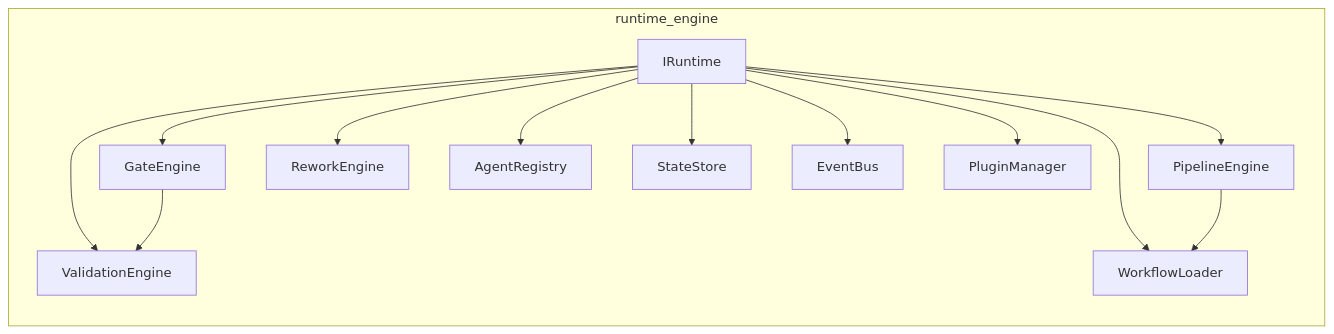
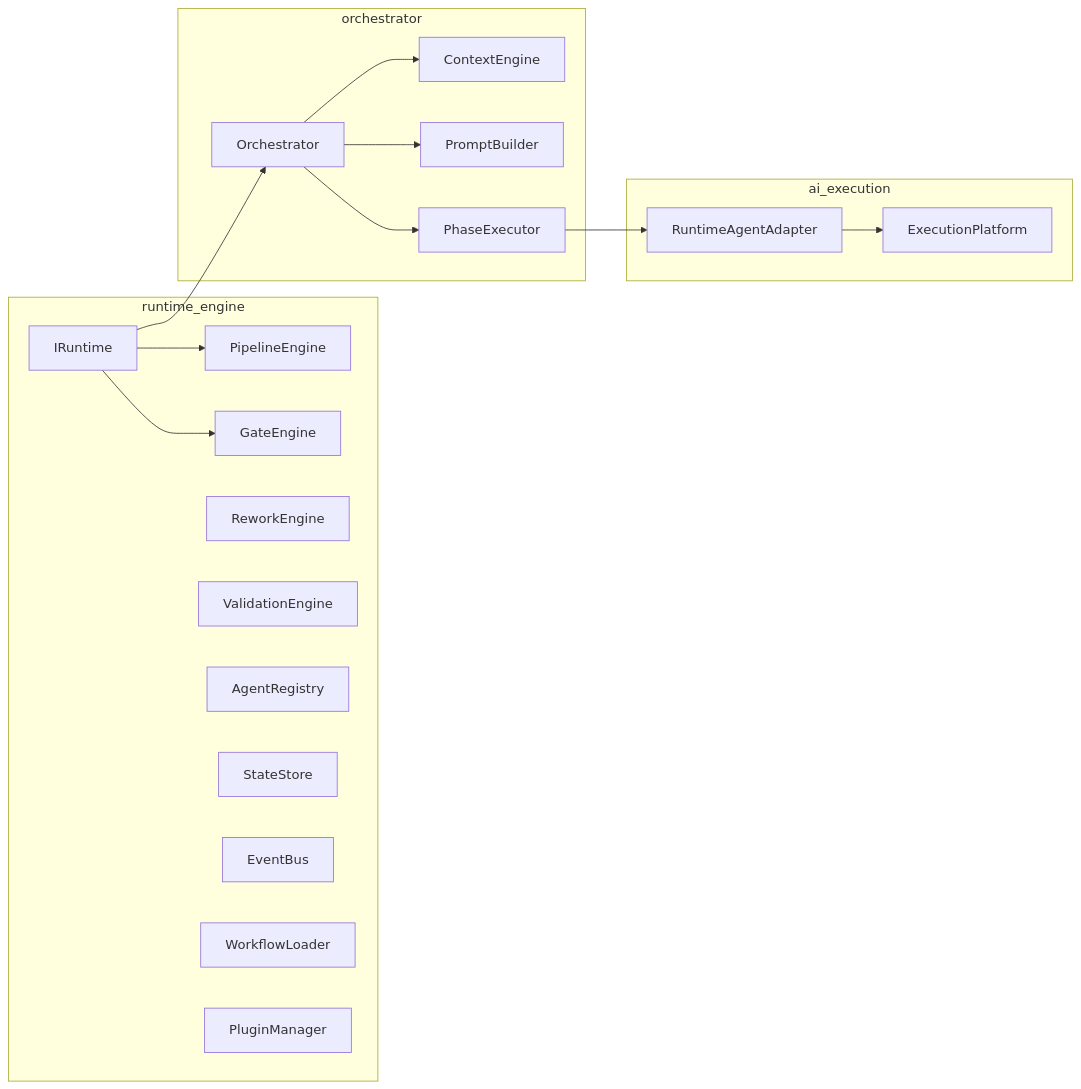
The third of 3 diagrams in docs/framework/system-context.md (anuuragbhardwaj/EngineeringOS), drawn with Mermaid before and after one commit. The commit also changed other lines of this file and 36 other files, not shown here.

````diff
--- a/docs/framework/system-context.md
+++ b/docs/framework/system-context.md
@@ -104,27 +123,36 @@
 ```mermaid
 flowchart LR
     subgraph RuntimeEngine [runtime_engine]
         Facade[IRuntime]
         PE[PipelineEngine]
         GE[GateEngine]
         RE[ReworkEngine]
         VE[ValidationEngine]
         AR[AgentRegistry]
         SS[StateStore]
         EB[EventBus]
         WL[WorkflowLoader]
         PM[PluginManager]
     end
 
+    subgraph OrchestratorPkg [orchestrator]
+        OE[Orchestrator]
+        CE[ContextEngine]
+        PB[PromptBuilder]
+        PEx[PhaseExecutor]
+    end
+
+    subgraph AIExec [ai_execution]
+        EP[ExecutionPlatform]
+        AD[RuntimeAgentAdapter]
+    end
+
     Facade --> PE
     Facade --> GE
-    Facade --> RE
-    Facade --> VE
-    Facade --> AR
-    Facade --> SS
-    Facade --> EB
-    Facade --> WL
-    Facade --> PM
-    PE --> WL
-    GE --> VE
+    Facade --> OE
+    OE --> CE
+    OE --> PB
+    OE --> PEx
+    PEx --> AD
+    AD --> EP
 ```
````
